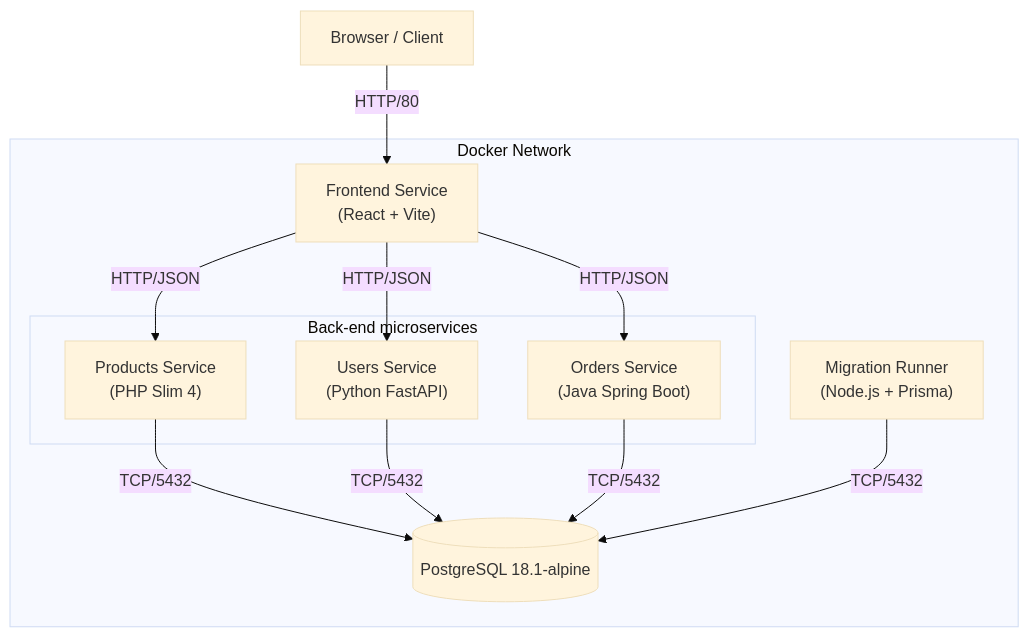
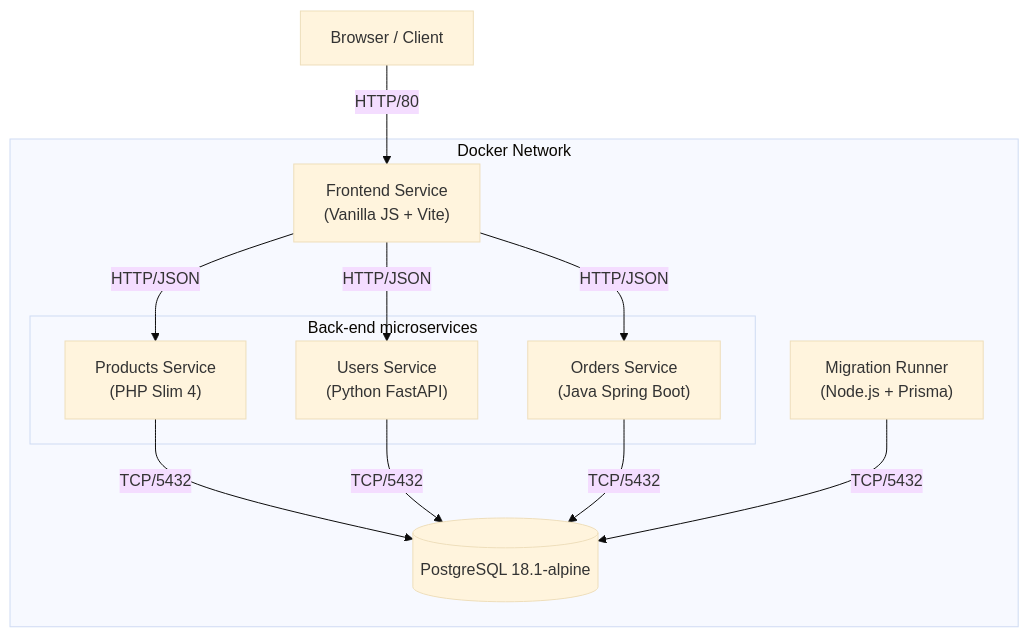
Before and after one commit to mleitass/sdk-template-project: the diagram in ARCHITECTURE.md, drawn with Mermaid (base theme). The commit also changed other lines of this file and 1 other file, not shown here.

````diff
--- a/ARCHITECTURE.md
+++ b/ARCHITECTURE.md
@@ -9,27 +9,27 @@
 ```mermaid
 graph TD
     Client[Browser / Client]
     
     subgraph Docker Network
-        Frontend["Frontend Service<br/>(React + Vite)"]
+        Frontend["Frontend Service<br/>(Vanilla JS + Vite)"]
         
         subgraph BackendServices [Back-end microservices]
             Products["Products Service<br/>(PHP Slim 4)"]
             Users["Users Service<br/>(Python FastAPI)"]
             Orders["Orders Service<br/>(Java Spring Boot)"]
         end
         
         DB[(PostgreSQL 18.1-alpine)]
 
         Migration["Migration Runner<br/>(Node.js + Prisma)"]
     end
 
     Client -- HTTP/80 --> Frontend
     Frontend -- HTTP/JSON --> Products
     Frontend -- HTTP/JSON --> Users
     Frontend -- HTTP/JSON --> Orders
     Products -- TCP/5432 --> DB
     Users -- TCP/5432 --> DB
     Orders -- TCP/5432 --> DB
     Migration -- TCP/5432 --> DB
 ```
````
